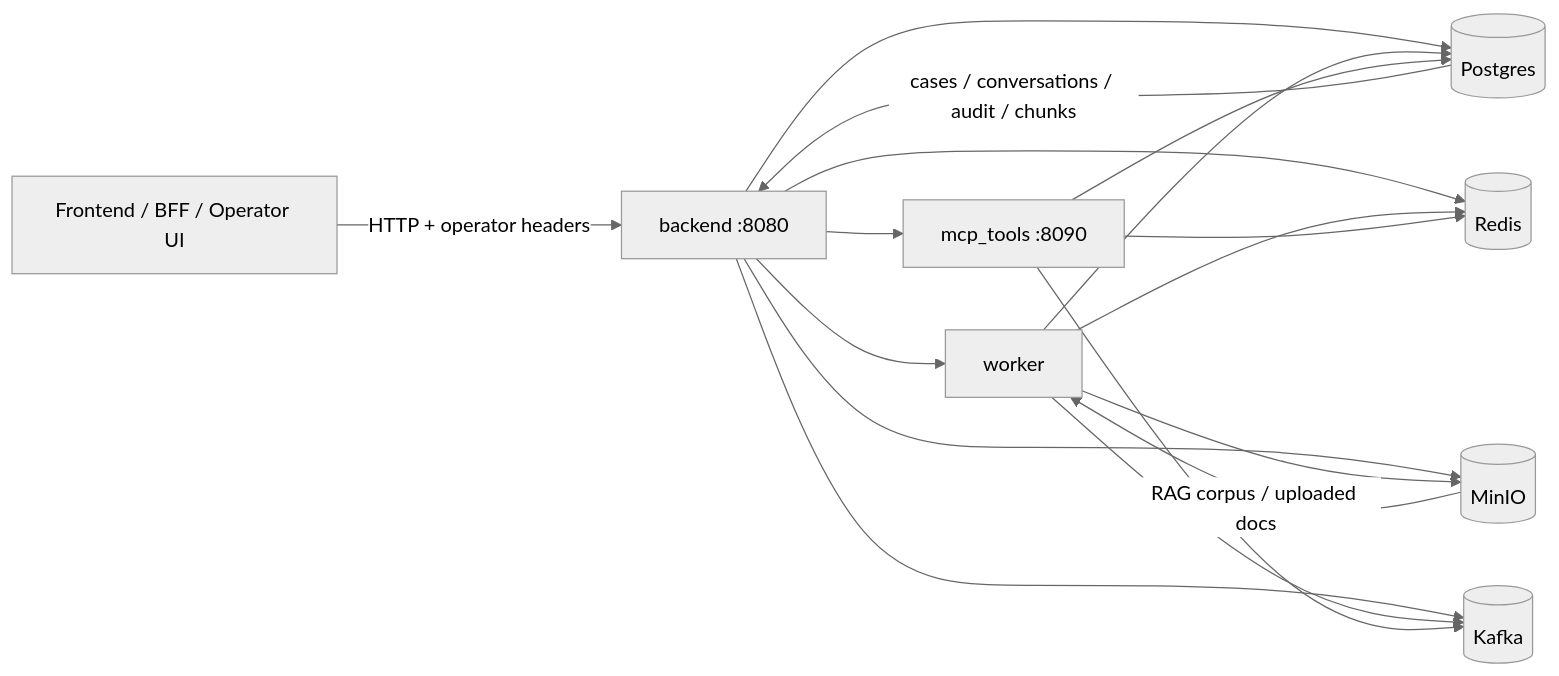
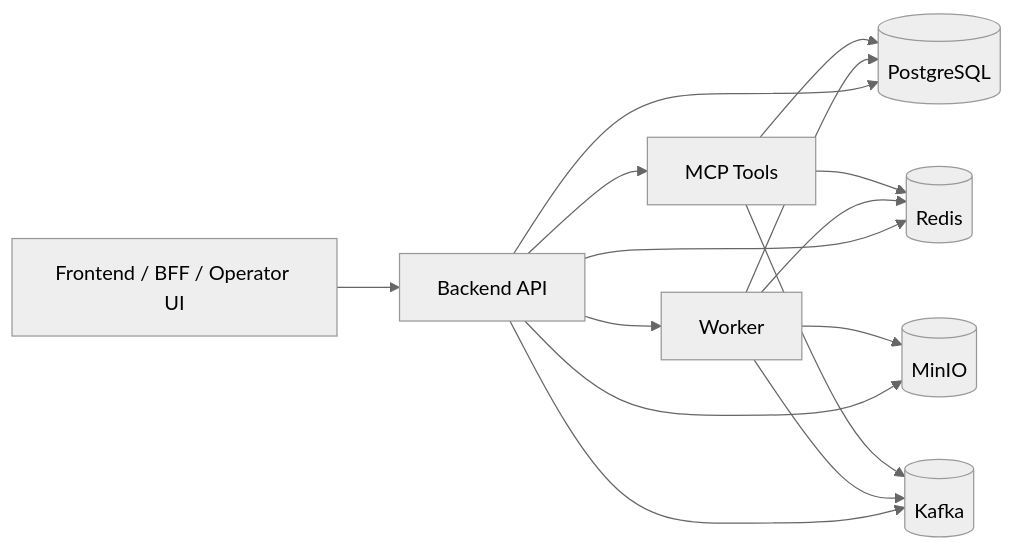
One commit to Lin-Lini/llm-copilot-bank-mvp changed the diagram in README.md. Above: the diagram before and after it, drawn with Mermaid (neutral theme). The commit also changed other lines of this file, not shown here.

````diff
--- a/README.md
+++ b/README.md
@@ -81,23 +64,19 @@
 ```mermaid
 flowchart LR
-    UI[Frontend / BFF / Operator UI] -->|HTTP + operator headers| BE[backend :8080]
-
-    BE --> WRK[worker]
-    BE --> MCP[mcp_tools :8090]
-    BE --> PG[(Postgres)]
+    UI[Frontend / BFF / Operator UI] --> BE[Backend API]
+    BE --> WRK[Worker]
+    BE --> MCP[MCP Tools]
+    BE --> PG[(PostgreSQL)]
     BE --> RD[(Redis)]
     BE --> MN[(MinIO)]
     BE --> KF[(Kafka)]
 
     WRK --> PG
     WRK --> RD
     WRK --> MN
     WRK --> KF
 
     MCP --> PG
     MCP --> RD
     MCP --> KF
-
-    MN -->|RAG corpus / uploaded docs| WRK
-    PG -->|cases / conversations / audit / chunks| BE
 ```
````
